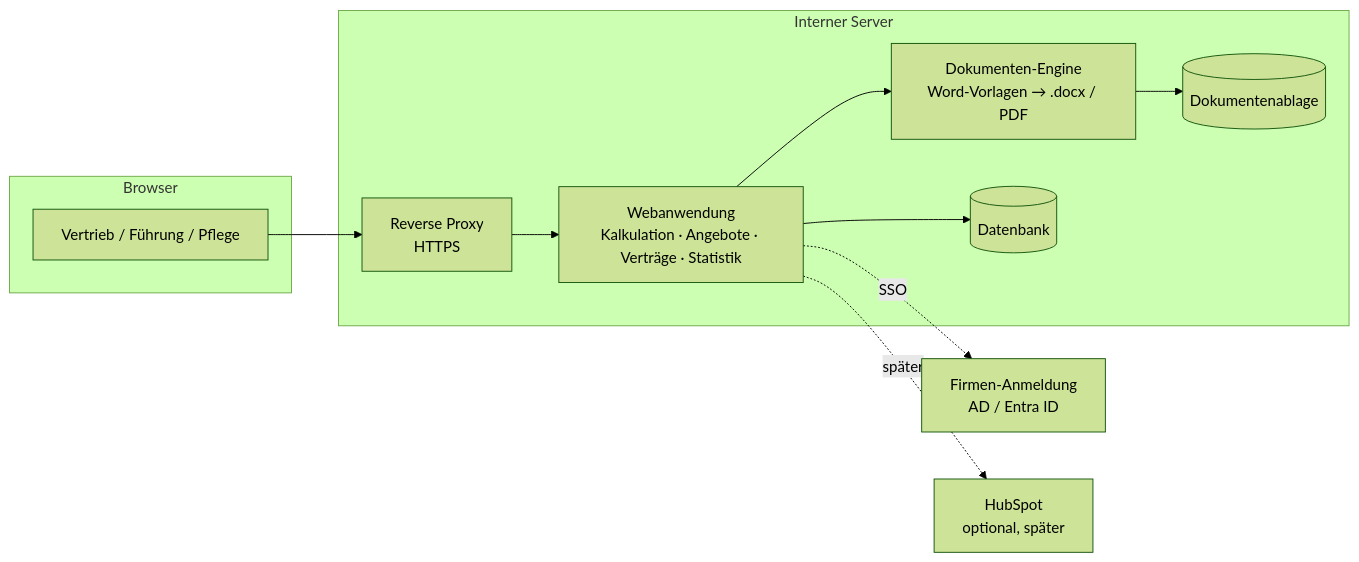
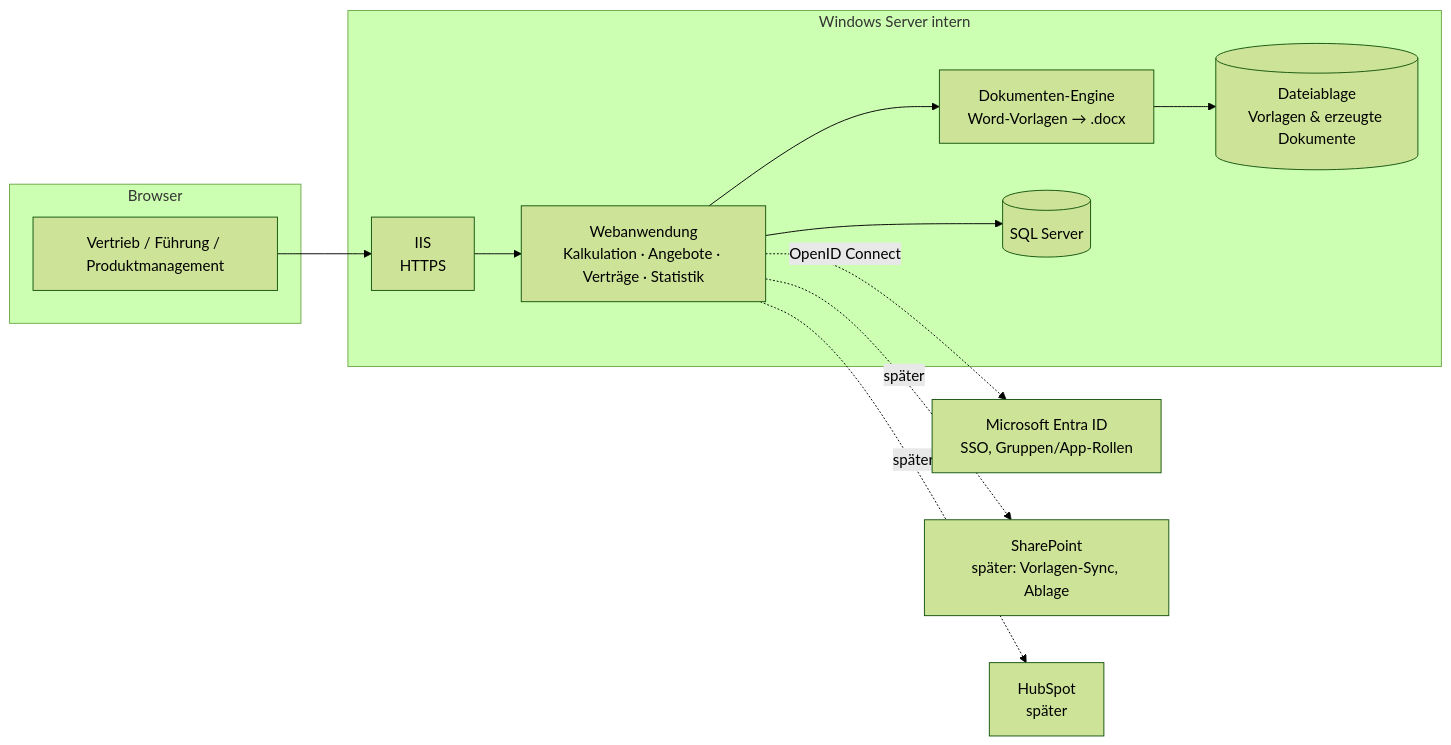
Before and after one commit to darntjen/kalkulator_web: the diagram in docs/04_architektur.md, drawn with Mermaid (forest theme). The commit also changed other lines of this file and 10 other files, not shown here.

First line of the commit message:
Planung um SharePoint-Ist-Analyse und Antworten ergänzen

````diff
--- a/docs/04_architektur.md
+++ b/docs/04_architektur.md
@@ -9,21 +10,23 @@
 ```mermaid
 flowchart LR
     subgraph Browser
-        U[Vertrieb / Führung / Pflege]
+        U[Vertrieb / Führung / Produktmanagement]
     end
-    subgraph Interner Server
-        RP[Reverse Proxy<br/>HTTPS]
+    subgraph Windows Server intern
+        IIS[IIS<br/>HTTPS]
         APP[Webanwendung<br/>Kalkulation · Angebote · Verträge · Statistik]
-        DOC[Dokumenten-Engine<br/>Word-Vorlagen → .docx / PDF]
-        DB[(Datenbank)]
-        FS[(Dokumentenablage)]
+        DOC[Dokumenten-Engine<br/>Word-Vorlagen → .docx]
+        DB[(SQL Server)]
+        FS[(Dateiablage<br/>Vorlagen & erzeugte Dokumente)]
     end
-    IDP[Firmen-Anmeldung<br/>AD / Entra ID]
-    HS[HubSpot<br/>optional, später]
+    ENTRA[Microsoft Entra ID<br/>SSO, Gruppen/App-Rollen]
+    SP[SharePoint<br/>später: Vorlagen-Sync, Ablage]
+    HS[HubSpot<br/>später]
 
-    U --> RP --> APP
+    U --> IIS --> APP
     APP --> DB
     APP --> DOC --> FS
-    APP -. SSO .-> IDP
+    APP -. OpenID Connect .-> ENTRA
+    APP -. später .-> SP
     APP -. später .-> HS
 ```
````
